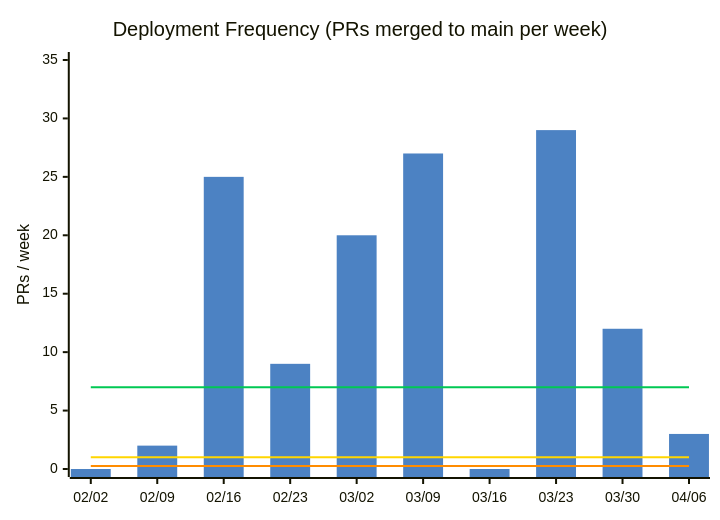
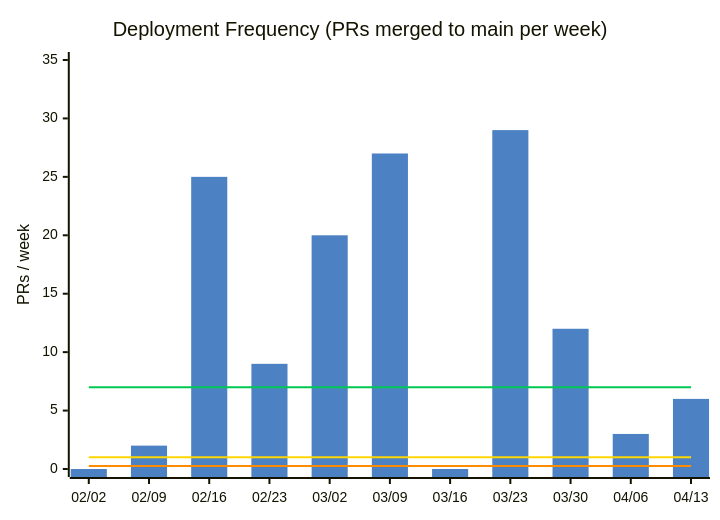
One commit to nablarch/nabledge-dev changed the first of 14 diagrams in docs/metrics.md. Above: the diagram before and after it, drawn with Mermaid. The commit also changed other lines of this file and 2 other files, not shown here.

````diff
--- a/docs/metrics.md
+++ b/docs/metrics.md
@@ -37,11 +37,11 @@
 ```mermaid
 %%{init: {'theme': 'base', 'themeVariables': {'xyChart': {'plotColorPalette': '#4C82C3,#00C853,#FFD600,#FF8C00'}}}}%%
 xychart-beta
   title "Deployment Frequency (PRs merged to main per week)"
-  x-axis ["02/02", "02/09", "02/16", "02/23", "03/02", "03/09", "03/16", "03/23", "03/30", "04/06"]
+  x-axis ["02/02", "02/09", "02/16", "02/23", "03/02", "03/09", "03/16", "03/23", "03/30", "04/06", "04/13"]
   y-axis "PRs / week" 0 --> 35
-  bar [0, 2, 25, 9, 20, 27, 0, 29, 12, 3]
-  line [7, 7, 7, 7, 7, 7, 7, 7, 7, 7]
-  line [1, 1, 1, 1, 1, 1, 1, 1, 1, 1]
-  line [0.25, 0.25, 0.25, 0.25, 0.25, 0.25, 0.25, 0.25, 0.25, 0.25]
+  bar [0, 2, 25, 9, 20, 27, 0, 29, 12, 3, 6]
+  line [7, 7, 7, 7, 7, 7, 7, 7, 7, 7, 7]
+  line [1, 1, 1, 1, 1, 1, 1, 1, 1, 1, 1]
+  line [0.25, 0.25, 0.25, 0.25, 0.25, 0.25, 0.25, 0.25, 0.25, 0.25, 0.25]
 ```
````
